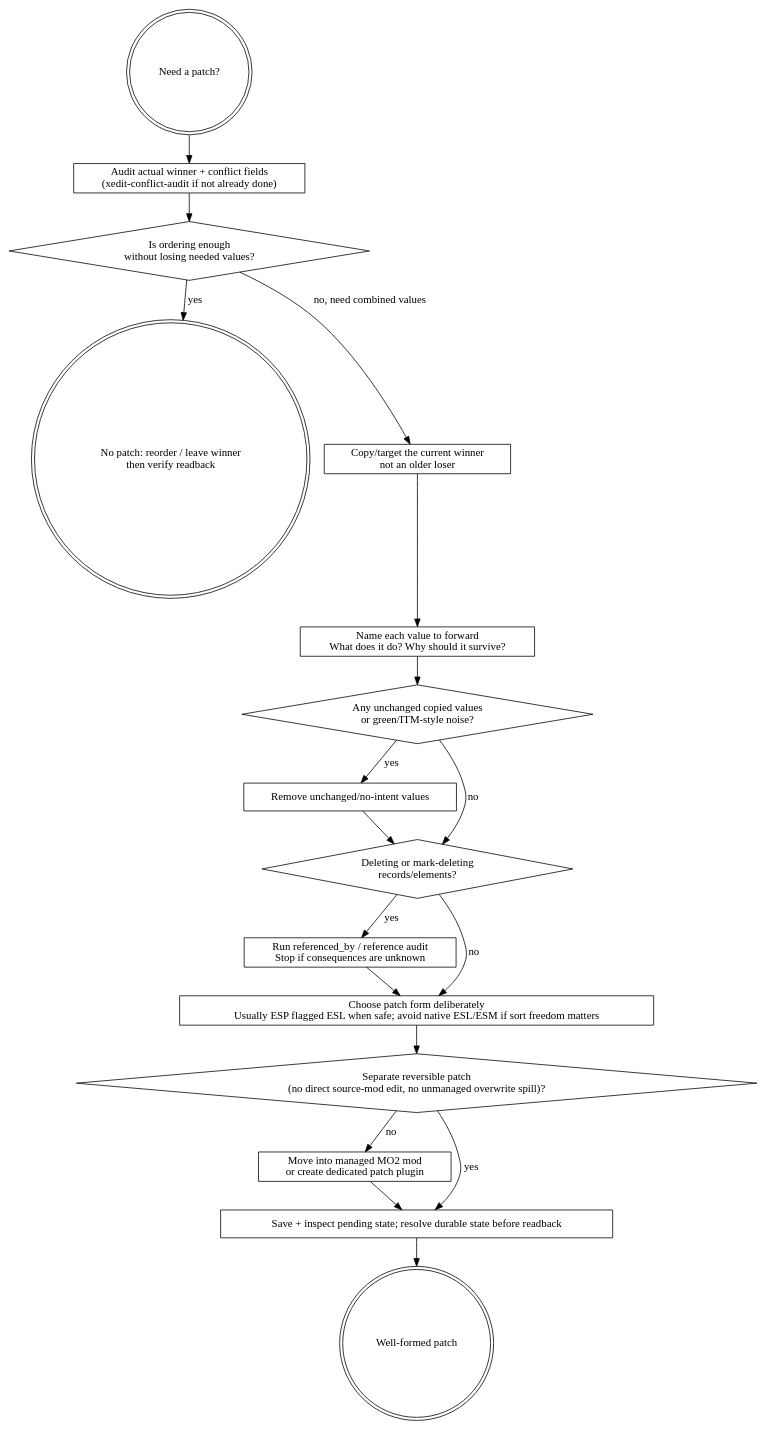
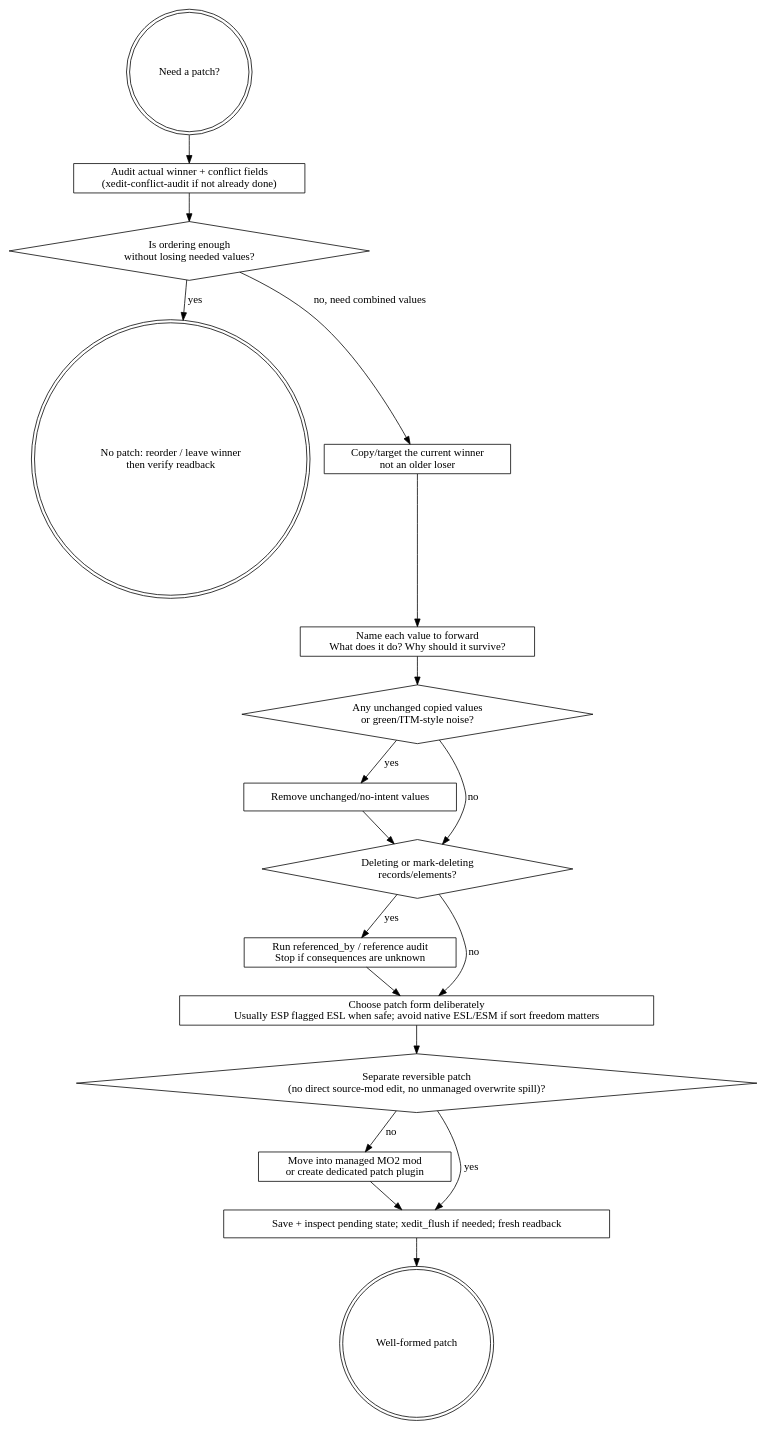
One commit to BB-84C/bgs-modding-superpowers changed the diagram in skills/xedit-automation/SKILL.md. Above: the diagram before and after it, drawn with Graphviz. The commit also changed other lines of this file and 54 other files, not shown here.

Commit message:
feat(xedit-mcp): support contract 0.23 flush

````diff
--- a/skills/xedit-automation/SKILL.md
+++ b/skills/xedit-automation/SKILL.md
@@ -67,42 +67,41 @@
 ```dot
 digraph patch_authoring_judgment {
   // Pending-shutdown saves block lifecycle operations; see Dirty-state and
   // relaunch control below. A restart is not a durability mechanism.
   rankdir=TB;
   node [shape=box];
 
   start [shape=doublecircle, label="Need a patch?"];
   audit [label="Audit actual winner + conflict fields\n(xedit-conflict-audit if not already done)"];
   reorder [shape=diamond, label="Is ordering enough\nwithout losing needed values?"];
   no_patch [shape=doublecircle, label="No patch: reorder / leave winner\nthen verify readback"];
   winner [label="Copy/target the current winner\nnot an older loser"];
   intent [label="Name each value to forward\nWhat does it do? Why should it survive?"];
   noise [shape=diamond, label="Any unchanged copied values\nor green/ITM-style noise?"];
   clean [label="Remove unchanged/no-intent values"];
   refs [shape=diamond, label="Deleting or mark-deleting\nrecords/elements?"];
   referenced [label="Run referenced_by / reference audit\nStop if consequences are unknown"];
   esl [label="Choose patch form deliberately\nUsually ESP flagged ESL when safe; avoid native ESL/ESM if sort freedom matters"];
   reversible [shape=diamond, label="Separate reversible patch\n(no direct source-mod edit, no unmanaged overwrite spill)?"];
   fix_shape [label="Move into managed MO2 mod\nor create dedicated patch plugin"];
   verify [label="Save + restart + readback\nwinning override shows intended values"];
   pass [shape=doublecircle, label="Well-formed patch"];
 
   start -> audit -> reorder;
   reorder -> no_patch [label="yes"];
   reorder -> winner [label="no, need combined values"];
   winner -> intent -> noise;
   noise -> clean [label="yes"];
   noise -> refs [label="no"];
   clean -> refs;
   refs -> referenced [label="yes"];
   refs -> esl [label="no"];
   referenced -> esl;
   esl -> reversible;
   reversible -> fix_shape [label="no"];
   reversible -> verify [label="yes"];
   fix_shape -> verify -> pass;
-  // Pending-shutdown saves require an external durable-state resolution;
-  // restart is not a flush or proof.
-  verify [label="Save + inspect pending state; resolve durable state before readback"];
+  // Contract 0.23 pending saves use xedit_flush; restart alone is not proof.
+  verify [label="Save + inspect pending state; xedit_flush if needed; fresh readback"];
 }
 ```
````
